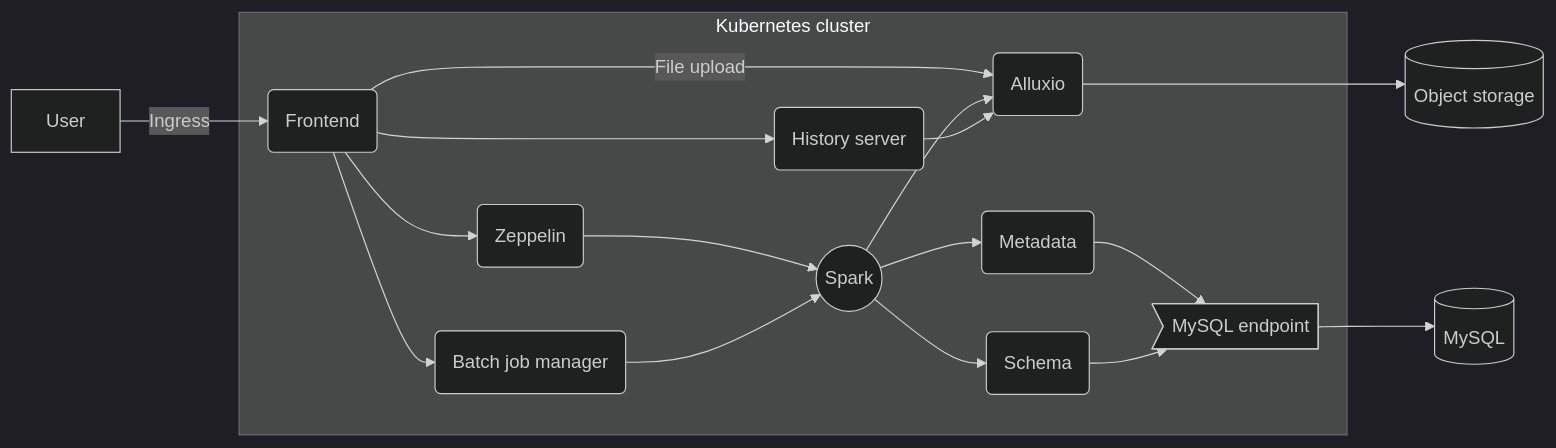
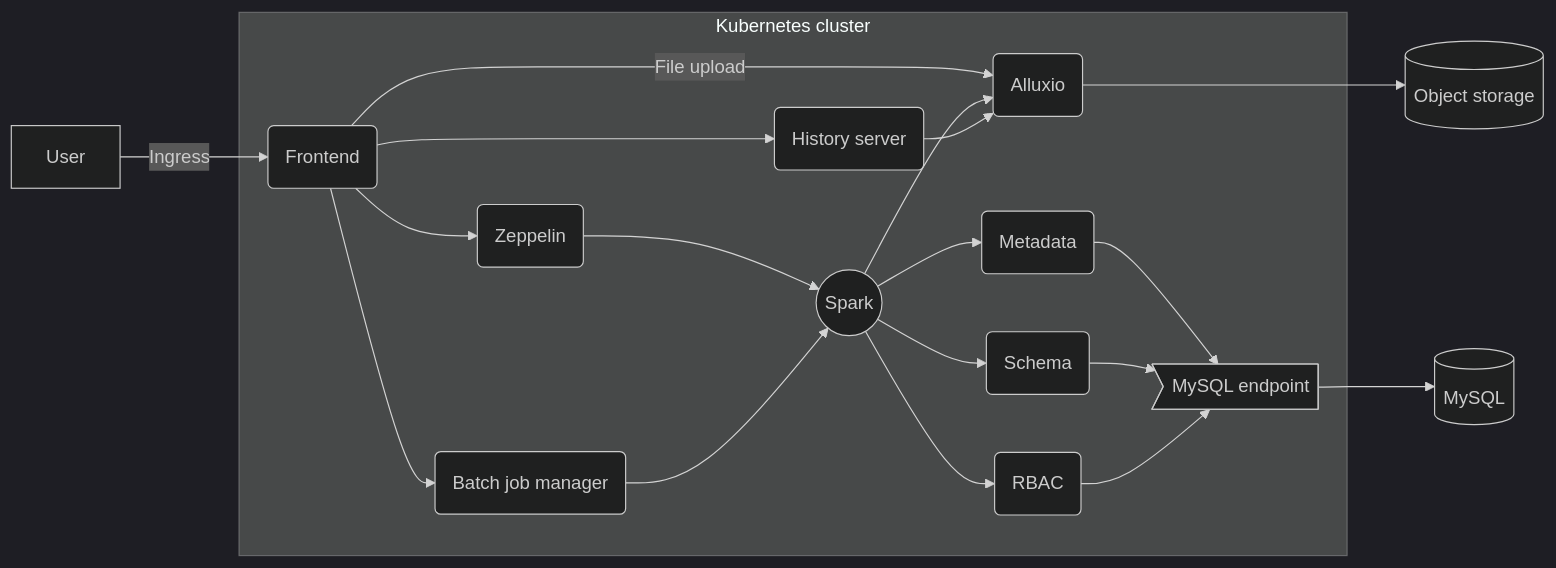
One commit to llikey2020/documentation changed the diagram in README.md. Above: the diagram before and after it, drawn with Mermaid (dark theme).

Commit message:
Update README.md include RBAC

````diff
--- a/README.md
+++ b/README.md
@@ -1,34 +1,35 @@
 ```mermaid
 flowchart LR
   user[User]
   s3[(Object storage)]
   rds[(MySQL)]
   user --> |Ingress| frontend
 
   subgraph Kubernetes cluster
     %% Services
     frontend(Frontend)
     zeppelin(Zeppelin)
     alluxio(Alluxio)
     metadata(Metadata)
     history(History server)
     batch(Batch job manager)
     schema(Schema)
+    rbac(RBAC)
     db>MySQL endpoint]
 
     %% Jobs
     spark((Spark))
 
     %% Connections
     frontend --> zeppelin & history & batch
     frontend --> |File upload| alluxio
     zeppelin & batch --> spark
-    spark --> alluxio & metadata & schema
+    spark --> alluxio & metadata & schema & rbac
     history --> alluxio
-    metadata & schema --> db
+    metadata & schema & rbac --> db
   end
 
   db --> rds
   alluxio  ---> s3
 
 ```
````
